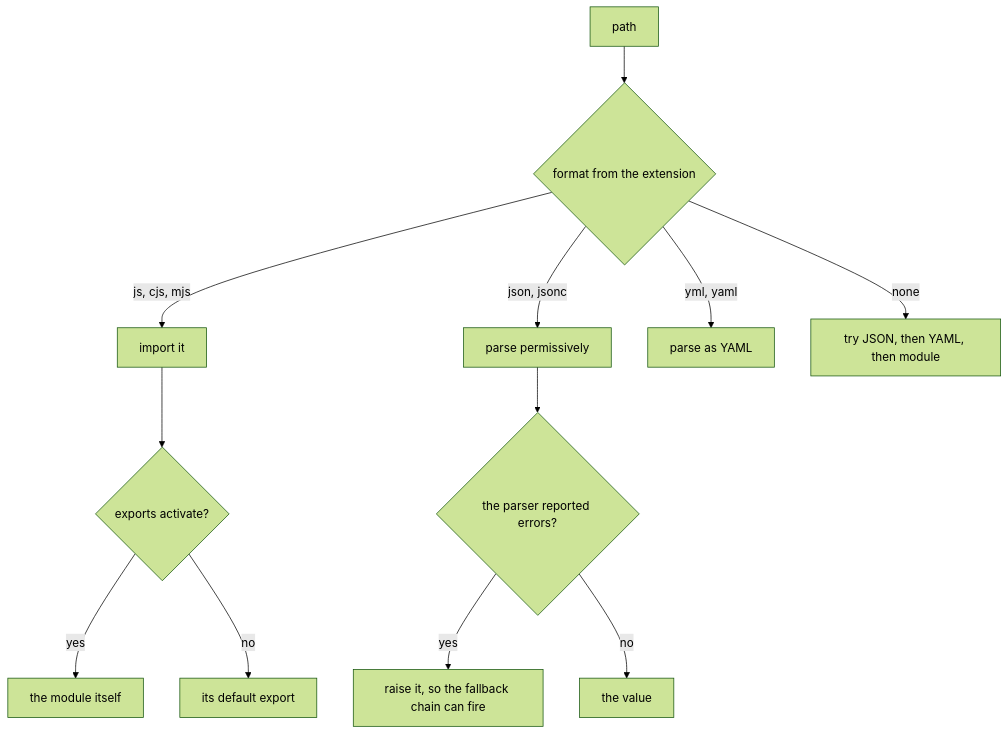
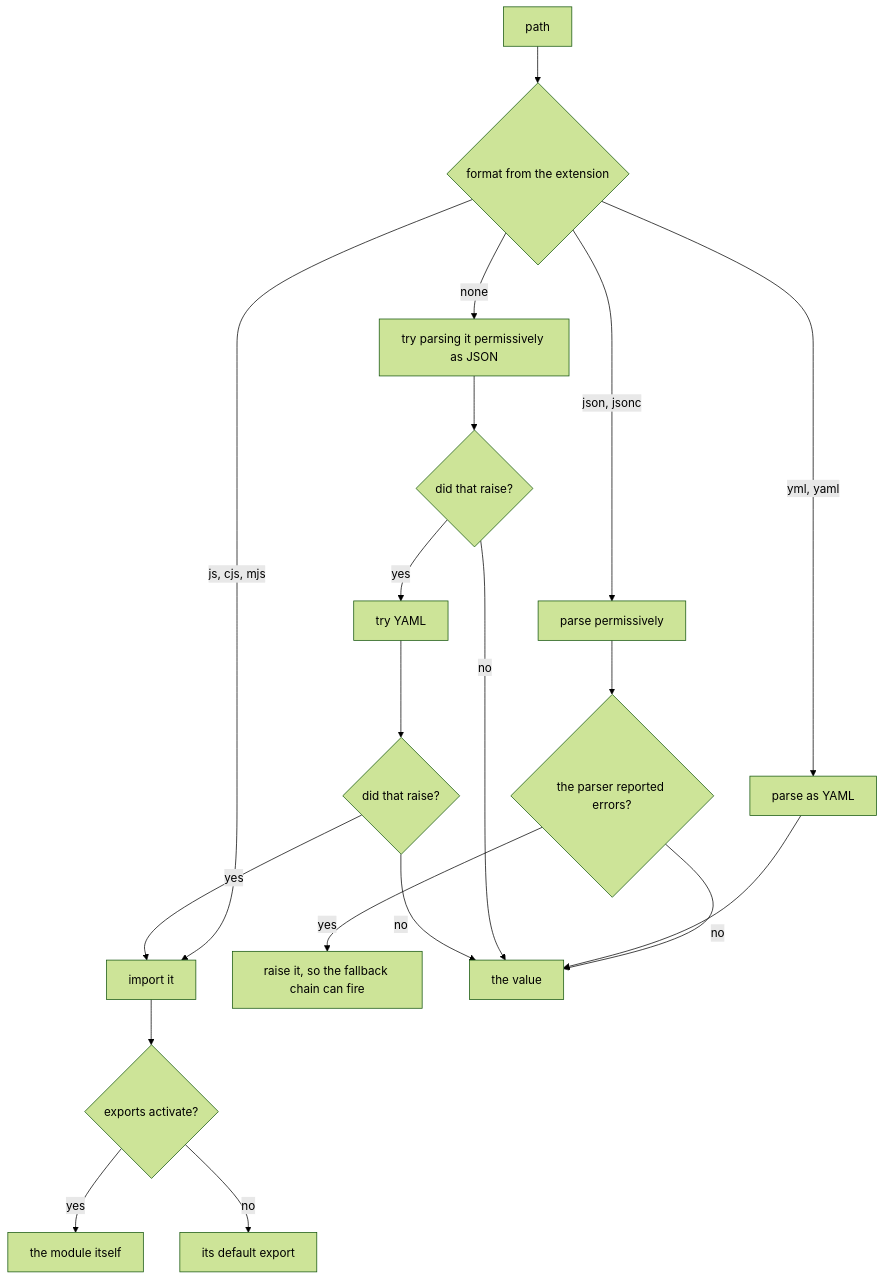
Before and after one commit to clibuilder/clibuilder: the fourth of 5 diagrams in packages/clibuilder/.agents/spec/configuration/README.md, drawn with Mermaid (forest theme). The commit also changed other lines of this file, not shown here.

First line of the commit message:
docs(clibuilder): repair configuration's search graph and draw UC6

````diff
--- a/packages/clibuilder/.agents/spec/configuration/README.md
+++ b/packages/clibuilder/.agents/spec/configuration/README.md
@@ -224,13 +235,16 @@
 ```mermaid
 graph TD
   R[path] --> FMT{format from the extension}
   FMT -- "js, cjs, mjs" --> MOD[import it] --> ACT{exports activate?}
   ACT -- yes --> WHOLE[the module itself]
   ACT -- no --> DEF[its default export]
-  FMT -- "json, jsonc" --> JS[parse permissively]
-  FMT -- "yml, yaml" --> YA[parse as YAML]
-  FMT -- "none" --> TRY[try JSON, then YAML, then module]
-  JS --> ERR{the parser reported errors?}
+  FMT -- "json, jsonc" --> JS[parse permissively] --> ERR{the parser reported errors?}
   ERR -- yes --> THROW[raise it, so the fallback chain can fire]
   ERR -- no --> VAL[the value]
+  FMT -- "yml, yaml" --> YA[parse as YAML] --> VAL
+  FMT -- "none" --> T1[try parsing it permissively as JSON] --> T1Q{did that raise?}
+  T1Q -- no --> VAL
+  T1Q -- yes --> T2[try YAML] --> T2Q{did that raise?}
+  T2Q -- no --> VAL
+  T2Q -- yes --> MOD
 ```
````
